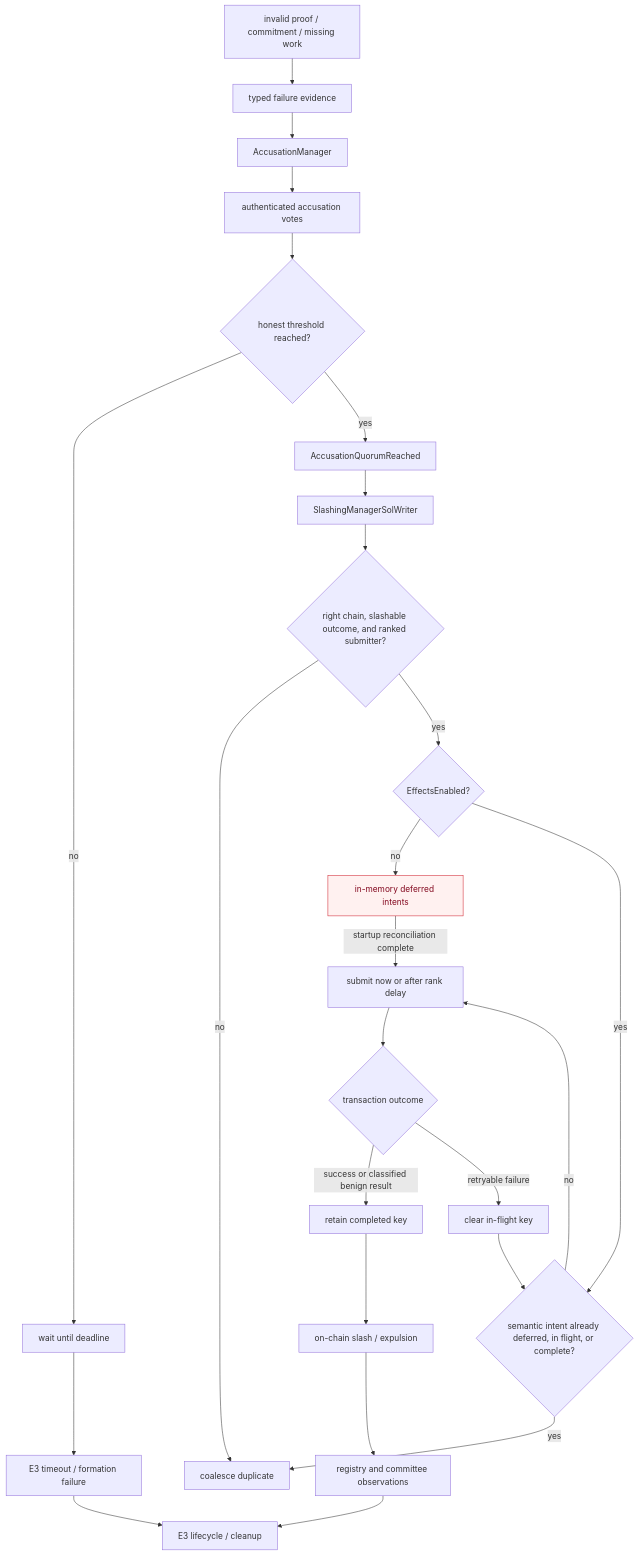
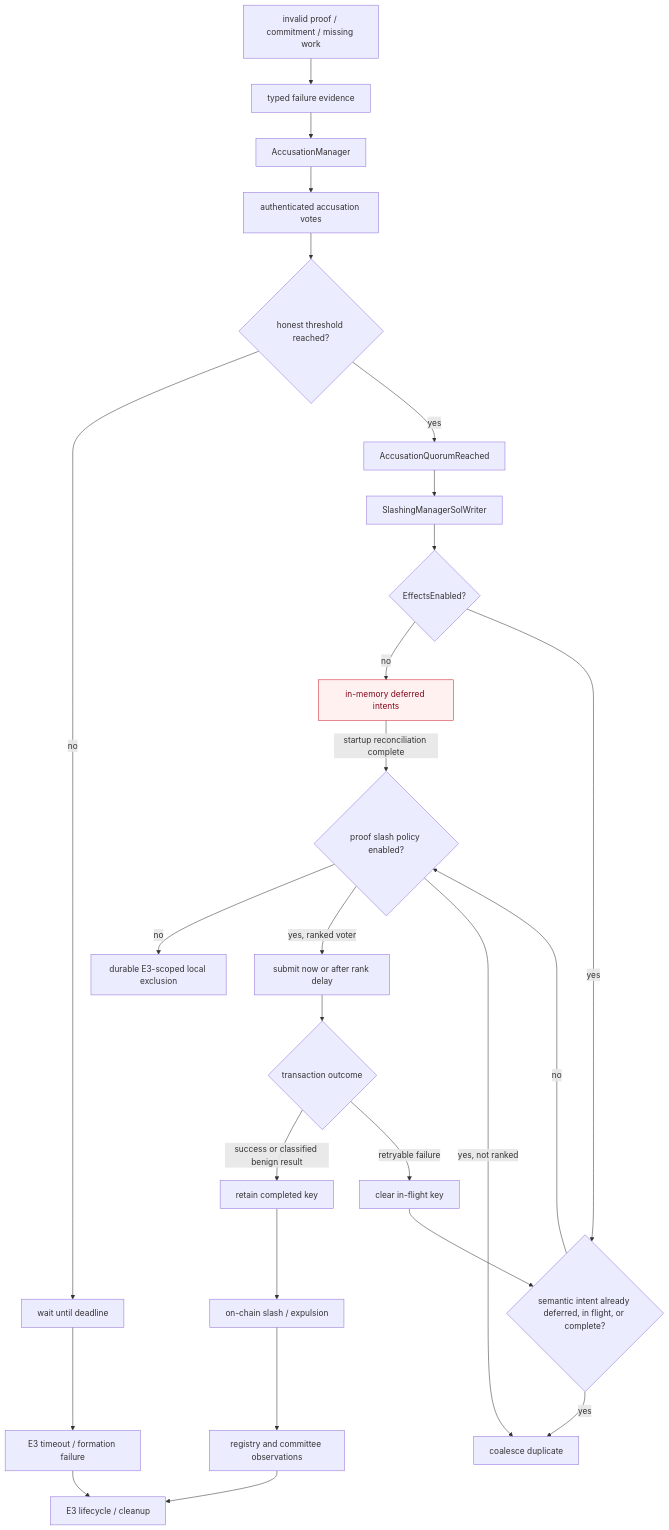
The ninth of 15 diagrams in agent/CRATES_ARCHITECTURE.md (auryn-macmillan/enclave), drawn with Mermaid before and after one commit. The commit also changed other lines of this file and 33 other files, not shown here.

Commit message:
feat: handle disabled proof slash policies [skip-line-limit] (#1816)

````diff
--- a/agent/CRATES_ARCHITECTURE.md
+++ b/agent/CRATES_ARCHITECTURE.md
@@ -534,30 +534,31 @@
 ```mermaid
 flowchart TD
     Invalid[invalid proof / commitment / missing work] --> Evidence[typed failure evidence]
     Evidence --> Accuse[AccusationManager]
     Accuse --> Votes[authenticated accusation votes]
     Votes --> Quorum{honest threshold reached?}
     Quorum -->|no| Wait[wait until deadline]
     Quorum -->|yes| Decision[AccusationQuorumReached]
     Wait --> Timeout[E3 timeout / formation failure]
     Decision --> Writer[SlashingManagerSolWriter]
-    Writer --> Eligible{right chain, slashable outcome, and ranked submitter?}
-    Eligible -->|no| Ignore[ignore locally]
-    Eligible -->|yes| Effects{EffectsEnabled?}
+    Writer --> Effects{EffectsEnabled?}
     Effects -->|no| Deferred[in-memory deferred intents]
-    Deferred -->|startup reconciliation complete| Submit
+    Deferred -->|startup reconciliation complete| Policy
     Effects -->|yes| Gate{semantic intent already deferred, in flight, or complete?}
     Gate -->|yes| Ignore[coalesce duplicate]
-    Gate -->|no| Submit[submit now or after rank delay]
+    Gate -->|no| Policy{proof slash policy enabled?}
+    Policy -->|no| Exclude[durable E3-scoped local exclusion]
+    Policy -->|yes, ranked voter| Submit[submit now or after rank delay]
+    Policy -->|yes, not ranked| Ignore
     Submit --> Outcome{transaction outcome}
     Outcome -->|success or classified benign result| Complete[retain completed key]
     Outcome -->|retryable failure| Retry[clear in-flight key]
     Retry --> Gate
     Complete --> Chain[on-chain slash / expulsion]
     Chain --> Registry[registry and committee observations]
     Registry --> Lifecycle[E3 lifecycle / cleanup]
     Timeout --> Lifecycle
 
     classDef residual fill:#fff1f0,stroke:#cf222e,color:#82071e
     class Deferred residual
 ```
````
